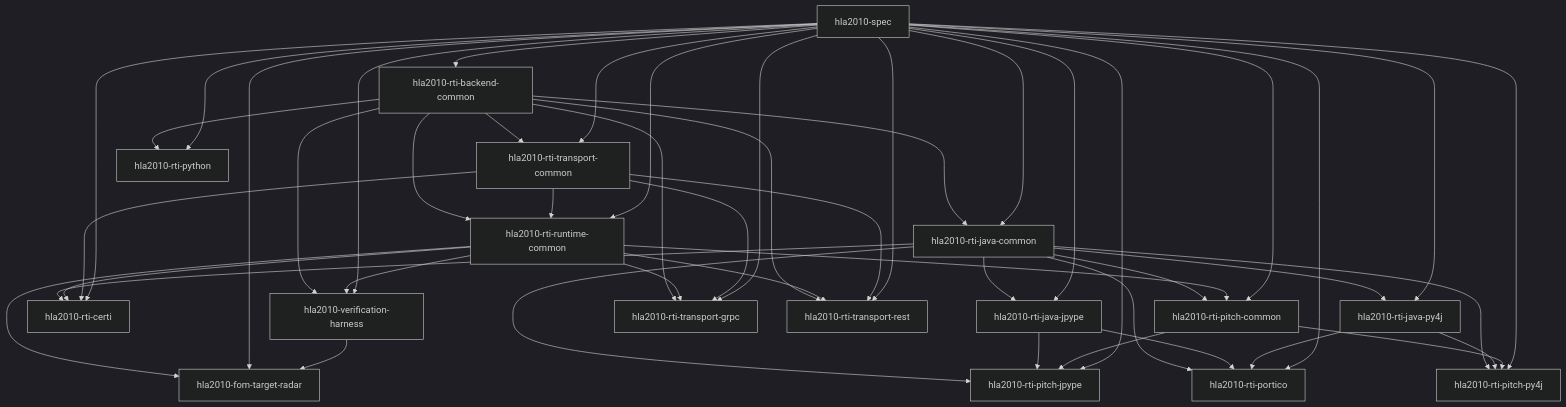
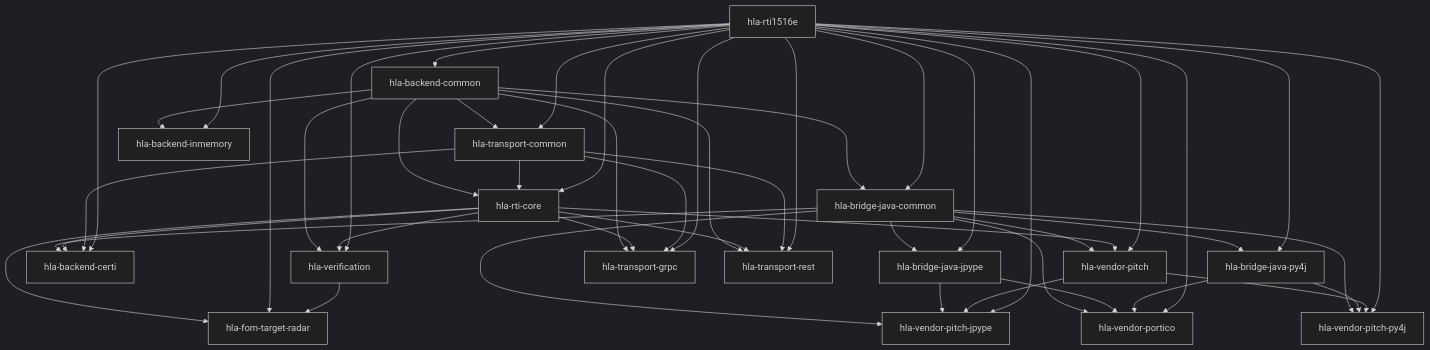
One commit to sheepfling/sturdy-broccoli changed the diagram in docs/package_dependency_tree.md. Above: the diagram before and after it, drawn with Mermaid (dark theme). The commit also changed other lines of this file and 864 other files, not shown here.

````diff
--- a/docs/package_dependency_tree.md
+++ b/docs/package_dependency_tree.md
@@ -50,51 +50,51 @@
 ```mermaid
 graph TD
-    hla2010_rti_runtime_common[hla2010-rti-runtime-common] --> hla2010_fom_target_radar[hla2010-fom-target-radar]
-    hla2010_spec[hla2010-spec] --> hla2010_fom_target_radar[hla2010-fom-target-radar]
-    hla2010_verification_harness[hla2010-verification-harness] --> hla2010_fom_target_radar[hla2010-fom-target-radar]
-    hla2010_spec[hla2010-spec] --> hla2010_rti_backend_common[hla2010-rti-backend-common]
-    hla2010_rti_java_common[hla2010-rti-java-common] --> hla2010_rti_certi[hla2010-rti-certi]
-    hla2010_rti_runtime_common[hla2010-rti-runtime-common] --> hla2010_rti_certi[hla2010-rti-certi]
-    hla2010_rti_transport_common[hla2010-rti-transport-common] --> hla2010_rti_certi[hla2010-rti-certi]
-    hla2010_spec[hla2010-spec] --> hla2010_rti_certi[hla2010-rti-certi]
-    hla2010_rti_backend_common[hla2010-rti-backend-common] --> hla2010_rti_java_common[hla2010-rti-java-common]
-    hla2010_spec[hla2010-spec] --> hla2010_rti_java_common[hla2010-rti-java-common]
-    hla2010_rti_java_common[hla2010-rti-java-common] --> hla2010_rti_java_jpype[hla2010-rti-java-jpype]
-    hla2010_spec[hla2010-spec] --> hla2010_rti_java_jpype[hla2010-rti-java-jpype]
-    hla2010_rti_java_common[hla2010-rti-java-common] --> hla2010_rti_java_py4j[hla2010-rti-java-py4j]
-    hla2010_spec[hla2010-spec] --> hla2010_rti_java_py4j[hla2010-rti-java-py4j]
-    hla2010_rti_java_common[hla2010-rti-java-common] --> hla2010_rti_pitch_common[hla2010-rti-pitch-common]
-    hla2010_rti_runtime_common[hla2010-rti-runtime-common] --> hla2010_rti_pitch_common[hla2010-rti-pitch-common]
-    hla2010_spec[hla2010-spec] --> hla2010_rti_pitch_common[hla2010-rti-pitch-common]
-    hla2010_rti_java_common[hla2010-rti-java-common] --> hla2010_rti_pitch_jpype[hla2010-rti-pitch-jpype]
-    hla2010_rti_java_jpype[hla2010-rti-java-jpype] --> hla2010_rti_pitch_jpype[hla2010-rti-pitch-jpype]
-    hla2010_rti_pitch_common[hla2010-rti-pitch-common] --> hla2010_rti_pitch_jpype[hla2010-rti-pitch-jpype]
-    hla2010_spec[hla2010-spec] --> hla2010_rti_pitch_jpype[hla2010-rti-pitch-jpype]
-    hla2010_rti_java_common[hla2010-rti-java-common] --> hla2010_rti_pitch_py4j[hla2010-rti-pitch-py4j]
-    hla2010_rti_java_py4j[hla2010-rti-java-py4j] --> hla2010_rti_pitch_py4j[hla2010-rti-pitch-py4j]
-    hla2010_rti_pitch_common[hla2010-rti-pitch-common] --> hla2010_rti_pitch_py4j[hla2010-rti-pitch-py4j]
-    hla2010_spec[hla2010-spec] --> hla2010_rti_pitch_py4j[hla2010-rti-pitch-py4j]
-    hla2010_rti_java_common[hla2010-rti-java-common] --> hla2010_rti_portico[hla2010-rti-portico]
-    hla2010_rti_java_jpype[hla2010-rti-java-jpype] --> hla2010_rti_portico[hla2010-rti-portico]
-    hla2010_rti_java_py4j[hla2010-rti-java-py4j] --> hla2010_rti_portico[hla2010-rti-portico]
-    hla2010_spec[hla2010-spec] --> hla2010_rti_portico[hla2010-rti-portico]
-    hla2010_rti_backend_common[hla2010-rti-backend-common] --> hla2010_rti_python[hla2010-rti-python]
-    hla2010_spec[hla2010-spec] --> hla2010_rti_python[hla2010-rti-python]
-    hla2010_rti_backend_common[hla2010-rti-backend-common] --> hla2010_rti_runtime_common[hla2010-rti-runtime-common]
-    hla2010_rti_transport_common[hla2010-rti-transport-common] --> hla2010_rti_runtime_common[hla2010-rti-runtime-common]
-    hla2010_spec[hla2010-spec] --> hla2010_rti_runtime_common[hla2010-rti-runtime-common]
-    hla2010_rti_backend_common[hla2010-rti-backend-common] --> hla2010_rti_transport_common[hla2010-rti-transport-common]
-    hla2010_spec[hla2010-spec] --> hla2010_rti_transport_common[hla2010-rti-transport-common]
-    hla2010_rti_backend_common[hla2010-rti-backend-common] --> hla2010_rti_transport_grpc[hla2010-rti-transport-grpc]
-    hla2010_rti_runtime_common[hla2010-rti-runtime-common] --> hla2010_rti_transport_grpc[hla2010-rti-transport-grpc]
-    hla2010_rti_transport_common[hla2010-rti-transport-common] --> hla2010_rti_transport_grpc[hla2010-rti-transport-grpc]
-    hla2010_spec[hla2010-spec] --> hla2010_rti_transport_grpc[hla2010-rti-transport-grpc]
-    hla2010_rti_backend_common[hla2010-rti-backend-common] --> hla2010_rti_transport_rest[hla2010-rti-transport-rest]
-    hla2010_rti_runtime_common[hla2010-rti-runtime-common] --> hla2010_rti_transport_rest[hla2010-rti-transport-rest]
-    hla2010_rti_transport_common[hla2010-rti-transport-common] --> hla2010_rti_transport_rest[hla2010-rti-transport-rest]
-    hla2010_spec[hla2010-spec] --> hla2010_rti_transport_rest[hla2010-rti-transport-rest]
-    hla2010_spec[hla2010-spec]
-    hla2010_rti_backend_common[hla2010-rti-backend-common] --> hla2010_verification_harness[hla2010-verification-harness]
-    hla2010_rti_runtime_common[hla2010-rti-runtime-common] --> hla2010_verification_harness[hla2010-verification-harness]
-    hla2010_spec[hla2010-spec] --> hla2010_verification_harness[hla2010-verification-harness]
+    hla.rti[hla-rti-core] --> hla.foms.target_radar[hla-fom-target-radar]
+    hla2010_spec[hla-rti1516e] --> hla.foms.target_radar[hla-fom-target-radar]
+    hla.verification[hla-verification] --> hla.foms.target_radar[hla-fom-target-radar]
+    hla2010_spec[hla-rti1516e] --> hla.backends.common[hla-backend-common]
+    hla.bridges.java.common[hla-bridge-java-common] --> hla.backends.certi[hla-backend-certi]
+    hla.rti[hla-rti-core] --> hla.backends.certi[hla-backend-certi]
+    hla.transports.common[hla-transport-common] --> hla.backends.certi[hla-backend-certi]
+    hla2010_spec[hla-rti1516e] --> hla.backends.certi[hla-backend-certi]
+    hla.backends.common[hla-backend-common] --> hla.bridges.java.common[hla-bridge-java-common]
+    hla2010_spec[hla-rti1516e] --> hla.bridges.java.common[hla-bridge-java-common]
+    hla.bridges.java.common[hla-bridge-java-common] --> hla.bridges.java.jpype[hla-bridge-java-jpype]
+    hla2010_spec[hla-rti1516e] --> hla.bridges.java.jpype[hla-bridge-java-jpype]
+    hla.bridges.java.common[hla-bridge-java-common] --> hla.bridges.java.py4j[hla-bridge-java-py4j]
+    hla2010_spec[hla-rti1516e] --> hla.bridges.java.py4j[hla-bridge-java-py4j]
+    hla.bridges.java.common[hla-bridge-java-common] --> hla.vendors.pitch[hla-vendor-pitch]
+    hla.rti[hla-rti-core] --> hla.vendors.pitch[hla-vendor-pitch]
+    hla2010_spec[hla-rti1516e] --> hla.vendors.pitch[hla-vendor-pitch]
+    hla.bridges.java.common[hla-bridge-java-common] --> hla.vendors.pitch.jpype[hla-vendor-pitch-jpype]
+    hla.bridges.java.jpype[hla-bridge-java-jpype] --> hla.vendors.pitch.jpype[hla-vendor-pitch-jpype]
+    hla.vendors.pitch[hla-vendor-pitch] --> hla.vendors.pitch.jpype[hla-vendor-pitch-jpype]
+    hla2010_spec[hla-rti1516e] --> hla.vendors.pitch.jpype[hla-vendor-pitch-jpype]
+    hla.bridges.java.common[hla-bridge-java-common] --> hla.vendors.pitch.py4j[hla-vendor-pitch-py4j]
+    hla.bridges.java.py4j[hla-bridge-java-py4j] --> hla.vendors.pitch.py4j[hla-vendor-pitch-py4j]
+    hla.vendors.pitch[hla-vendor-pitch] --> hla.vendors.pitch.py4j[hla-vendor-pitch-py4j]
+    hla2010_spec[hla-rti1516e] --> hla.vendors.pitch.py4j[hla-vendor-pitch-py4j]
+    hla.bridges.java.common[hla-bridge-java-common] --> hla.vendors.portico[hla-vendor-portico]
+    hla.bridges.java.jpype[hla-bridge-java-jpype] --> hla.vendors.portico[hla-vendor-portico]
+    hla.bridges.java.py4j[hla-bridge-java-py4j] --> hla.vendors.portico[hla-vendor-portico]
+    hla2010_spec[hla-rti1516e] --> hla.vendors.portico[hla-vendor-portico]
+    hla.backends.common[hla-backend-common] --> hla.backends.inmemory[hla-backend-inmemory]
+    hla2010_spec[hla-rti1516e] --> hla.backends.inmemory[hla-backend-inmemory]
+    hla.backends.common[hla-backend-common] --> hla.rti[hla-rti-core]
+    hla.transports.common[hla-transport-common] --> hla.rti[hla-rti-core]
+    hla2010_spec[hla-rti1516e] --> hla.rti[hla-rti-core]
+    hla.backends.common[hla-backend-common] --> hla.transports.common[hla-transport-common]
+    hla2010_spec[hla-rti1516e] --> hla.transports.common[hla-transport-common]
+    hla.backends.common[hla-backend-common] --> hla.transports.grpc[hla-transport-grpc]
+    hla.rti[hla-rti-core] --> hla.transports.grpc[hla-transport-grpc]
+    hla.transports.common[hla-transport-common] --> hla.transports.grpc[hla-transport-grpc]
+    hla2010_spec[hla-rti1516e] --> hla.transports.grpc[hla-transport-grpc]
+    hla.backends.common[hla-backend-common] --> hla.transports.rest[hla-transport-rest]
+    hla.rti[hla-rti-core] --> hla.transports.rest[hla-transport-rest]
+    hla.transports.common[hla-transport-common] --> hla.transports.rest[hla-transport-rest]
+    hla2010_spec[hla-rti1516e] --> hla.transports.rest[hla-transport-rest]
+    hla2010_spec[hla-rti1516e]
+    hla.backends.common[hla-backend-common] --> hla.verification[hla-verification]
+    hla.rti[hla-rti-core] --> hla.verification[hla-verification]
+    hla2010_spec[hla-rti1516e] --> hla.verification[hla-verification]
 ```
````
